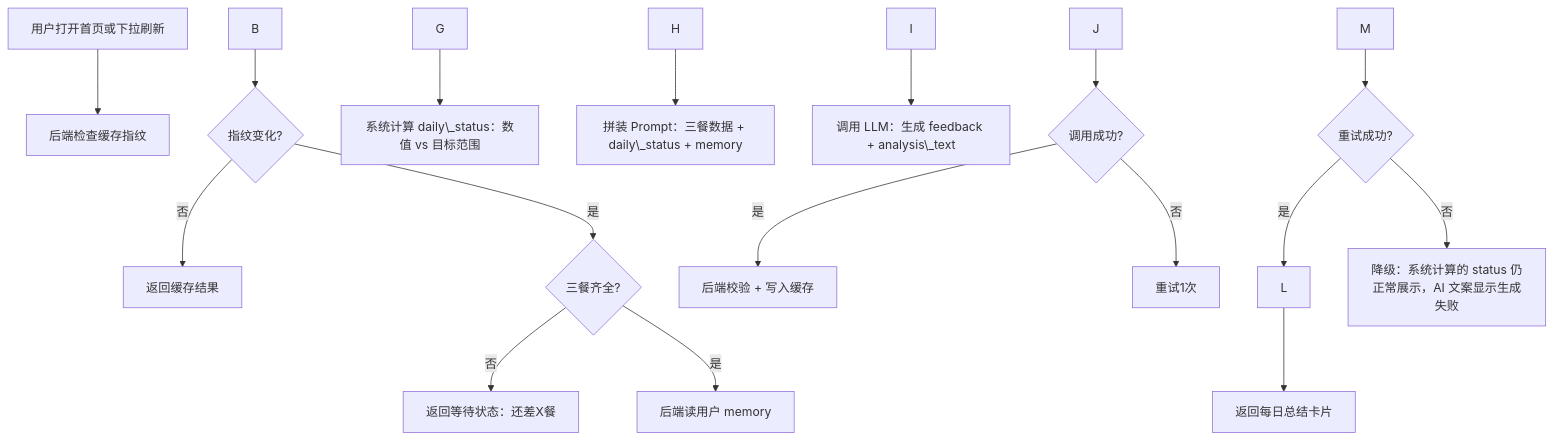
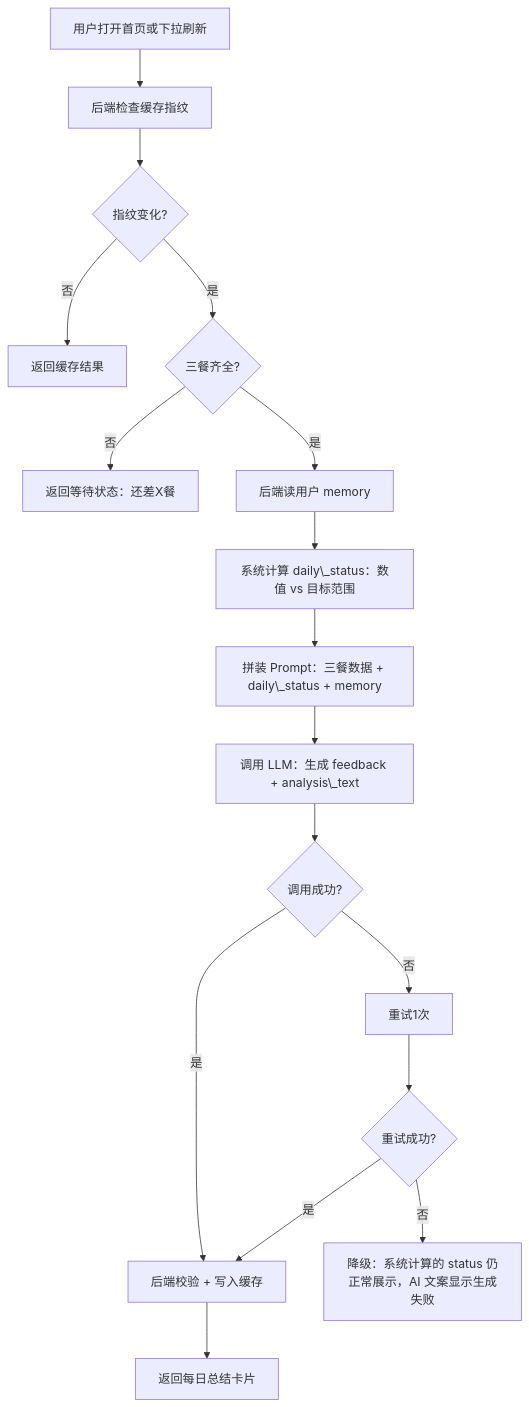
One commit to BB-BOO/shiguangji changed the seventh of 10 diagrams in docs/食光记-PRD-最终版.md. Above: the diagram before and after it, drawn with Mermaid. The commit also changed other lines of this file and 3 other files, not shown here.

````diff
--- a/docs/食光记-PRD-最终版.md
+++ b/docs/食光记-PRD-最终版.md
@@ -537,19 +537,19 @@
 ```mermaid
 flowchart TD
-    A\[用户打开首页或下拉刷新] --> B\[后端检查缓存指纹]
+    A[用户打开首页或下拉刷新] --> B[后端检查缓存指纹]
     B --> C{指纹变化?}
-    C -->|否| D\[返回缓存结果]
+    C -->|否| D[返回缓存结果]
     C -->|是| E{三餐齐全?}
-    E -->|否| F\[返回等待状态：还差X餐]
-    E -->|是| G\[后端读用户 memory]
-    G --> H\[系统计算 daily\_status：数值 vs 目标范围]
-    H --> I\[拼装 Prompt：三餐数据 + daily\_status + memory]
-    I --> J\[调用 LLM：生成 feedback + analysis\_text]
+    E -->|否| F[返回等待状态：还差X餐]
+    E -->|是| G[后端读用户 memory]
+    G --> H[系统计算 daily\_status：数值 vs 目标范围]
+    H --> I[拼装 Prompt：三餐数据 + daily\_status + memory]
+    I --> J[调用 LLM：生成 feedback + analysis\_text]
     J --> K{调用成功?}
-    K -->|是| L\[后端校验 + 写入缓存]
-    K -->|否| M\[重试1次]
+    K -->|是| L[后端校验 + 写入缓存]
+    K -->|否| M[重试1次]
     M --> N{重试成功?}
     N -->|是| L
-    N -->|否| O\[降级：系统计算的 status 仍正常展示，AI 文案显示生成失败]
-    L --> P\[返回每日总结卡片]
+    N -->|否| O[降级：系统计算的 status 仍正常展示，AI 文案显示生成失败]
+    L --> P[返回每日总结卡片]
 ```
````
